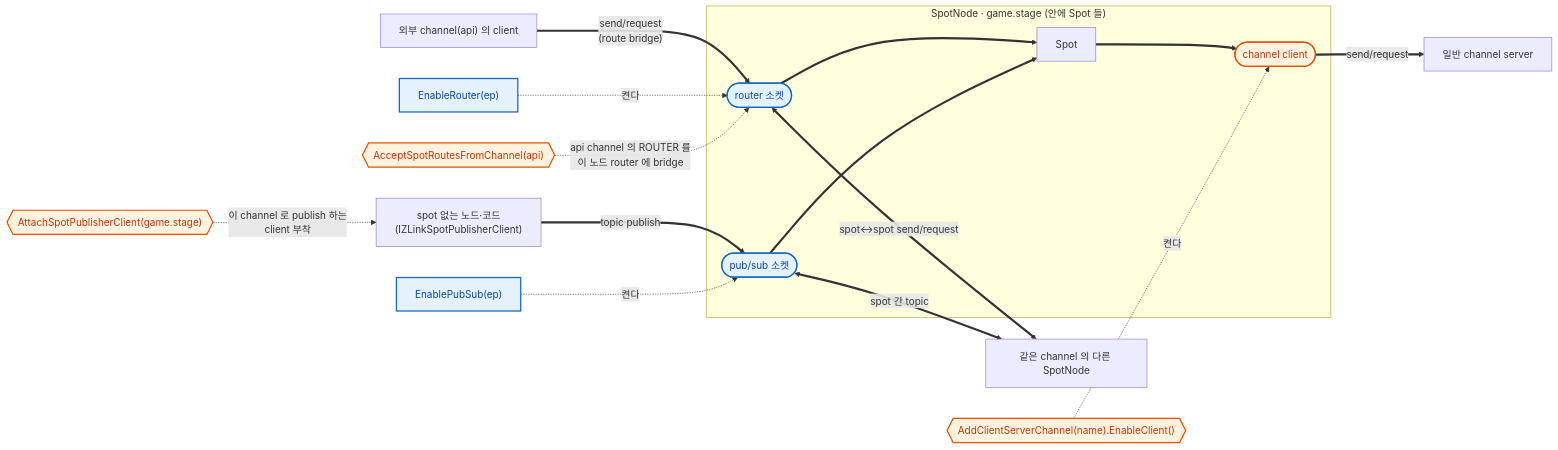
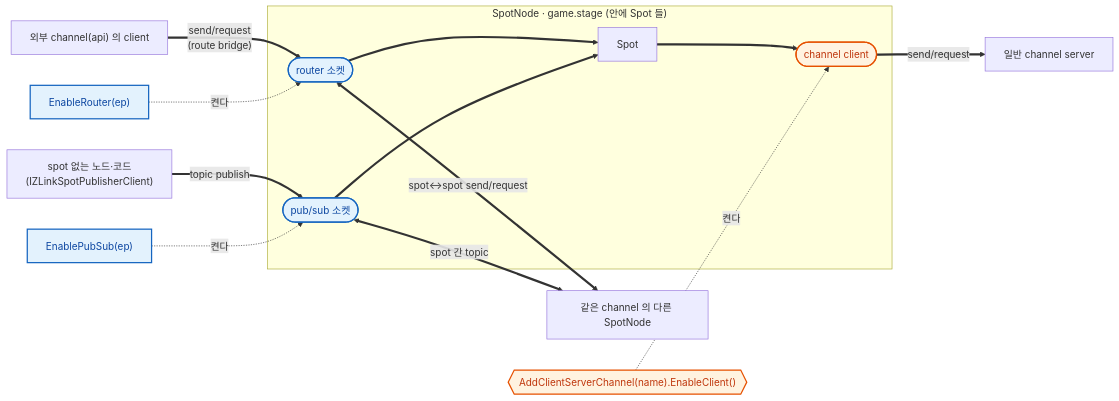
Before and after one commit to kairos-code-dev/zlink: the second of 9 diagrams in framework/doc/framework/dotnet/guide/05-spot.ko.md, drawn with Mermaid. The commit also changed other lines of this file and 410 other files, not shown here.

Commit message:
refactor(framework): make spot channel wiring implicit

````diff
--- a/framework/doc/framework/dotnet/guide/05-spot.ko.md
+++ b/framework/doc/framework/dotnet/guide/05-spot.ko.md
@@ -109,31 +104,29 @@
 ```mermaid
 flowchart LR
   subgraph node["SpotNode · game.stage (안에 Spot 들)"]
     rsock(["router 소켓"])
     psock(["pub/sub 소켓"])
     spot["Spot"]
     csock(["channel client"])
   end
 
   %% 🟦 자기 channel mesh — 같은 channel 의 다른 SpotNode 와
   peer["같은 channel 의 다른 SpotNode"]
   rsock <==>|"spot↔spot send/request"| peer
   psock <==>|"spot 간 topic"| peer
 
   %% 🟧 다른 channel·외부 client 와 잇기
   api["외부 channel(api) 의 client"] ==>|"send/request<br/>(route bridge)"| rsock ==> spot
   publess["spot 없는 노드·코드<br/>(IZLinkSpotPublisherClient)"] ==>|"topic publish"| psock ==> spot
   spot ==> csock ==>|"send/request"| svc["일반 channel server"]
 
   %% 어떤 함수가 무엇을 켜나
   fRouter["EnableRouter(ep)"] -. 켠다 .-> rsock
   fPubSub["EnablePubSub(ep)"] -. 켠다 .-> psock
-  fAccept{{"AcceptSpotRoutesFromChannel(api)"}} -. "api channel 의 ROUTER 를<br/>이 노드 router 에 bridge" .-> rsock
-  fAttach{{"AttachSpotPublisherClient(game.stage)"}} -. "이 channel 로 publish 하는<br/>client 부착" .-> publess
   fClient{{"AddClientServerChannel(name).EnableClient()"}} -. 켠다 .-> csock
 
   classDef ownMesh fill:#e3f2fd,stroke:#1565c0,stroke-width:2px,color:#0d47a1;
   classDef bridge fill:#fff3e0,stroke:#e65100,stroke-width:2px,color:#bf360c;
   class fRouter,fPubSub,rsock,psock ownMesh;
   class fAccept,fAttach,fClient,csock bridge;
 ```
````
